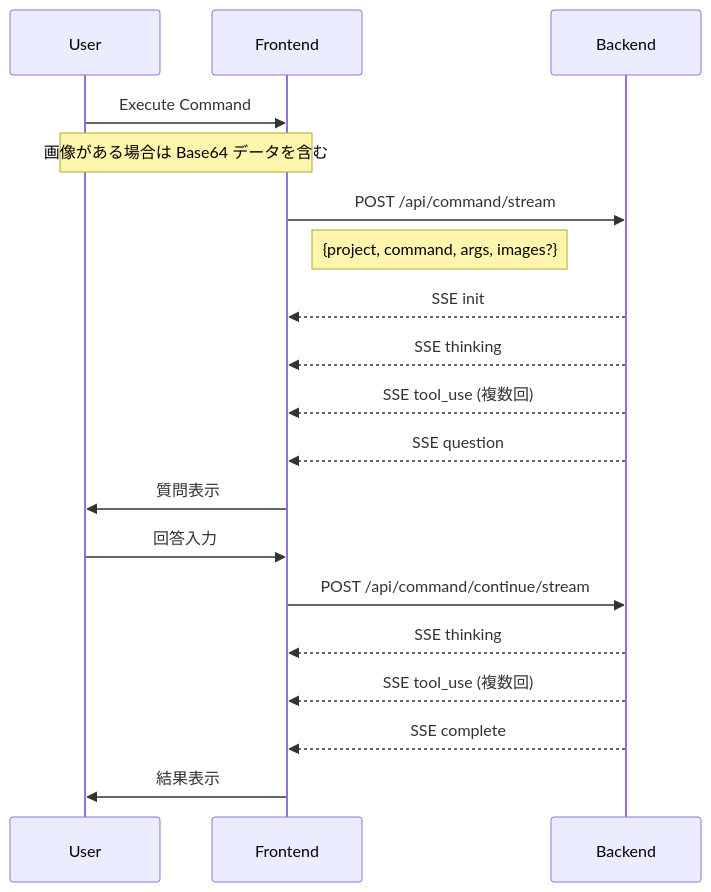
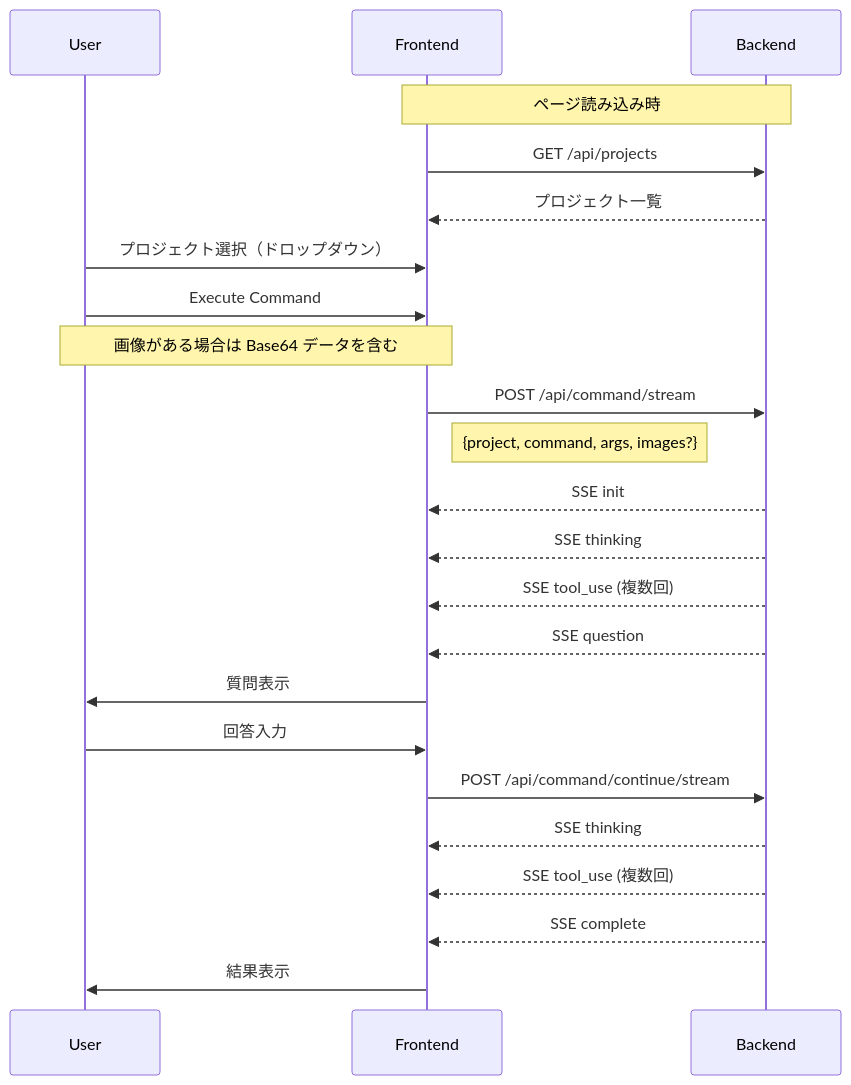
One commit to nyan-tama/Ghostrunner changed the sixth of 18 diagrams in frontend/docs/screen-flow.md. Above: the diagram before and after it, drawn with Mermaid. The commit also changed other lines of this file and 9 other files, not shown here.

First line of the commit message:
feat: ProjectPathのテキスト入力をプロジェクト一覧ドロップダウンに変更、GET /api/projectsからディレクトリ候補を取得して選択式UIに置換

````diff
--- a/frontend/docs/screen-flow.md
+++ b/frontend/docs/screen-flow.md
@@ -168,22 +196,27 @@
 ```mermaid
 sequenceDiagram
     participant User
     participant Frontend
     participant Backend
 
+    Note over Frontend,Backend: ページ読み込み時
+    Frontend->>Backend: GET /api/projects
+    Backend-->>Frontend: プロジェクト一覧
+
+    User->>Frontend: プロジェクト選択（ドロップダウン）
     User->>Frontend: Execute Command
     Note over User,Frontend: 画像がある場合は Base64 データを含む
     Frontend->>Backend: POST /api/command/stream
     Note right of Frontend: {project, command, args, images?}
     Backend-->>Frontend: SSE init
     Backend-->>Frontend: SSE thinking
     Backend-->>Frontend: SSE tool_use (複数回)
     Backend-->>Frontend: SSE question
     Frontend->>User: 質問表示
     User->>Frontend: 回答入力
     Frontend->>Backend: POST /api/command/continue/stream
     Backend-->>Frontend: SSE thinking
     Backend-->>Frontend: SSE tool_use (複数回)
     Backend-->>Frontend: SSE complete
     Frontend->>User: 結果表示
 ```
````
